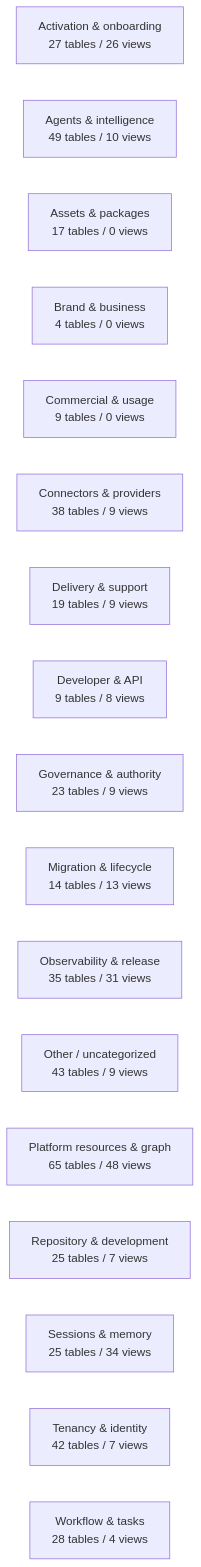
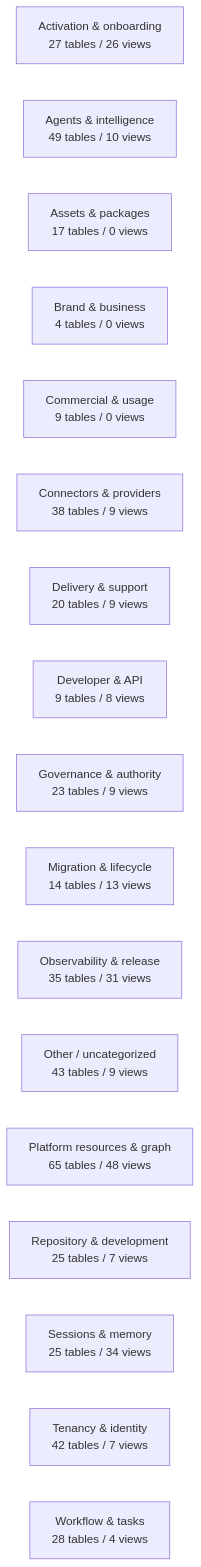
One commit to mad4bdigital-ai/multi-business-multi-role-growth-intelligence-os changed the diagram in docs/work-maps/data-model-domain-map.md. Above: the diagram before and after it, drawn with Mermaid. The commit also changed other lines of this file and 4 other files, not shown here.

````diff
--- a/docs/work-maps/data-model-domain-map.md
+++ b/docs/work-maps/data-model-domain-map.md
@@ -9,20 +9,20 @@
 ```mermaid
 flowchart LR
   n_Activation___onboarding["Activation & onboarding<br/>27 tables / 26 views"]
   n_Agents___intelligence["Agents & intelligence<br/>49 tables / 10 views"]
   n_Assets___packages["Assets & packages<br/>17 tables / 0 views"]
   n_Brand___business["Brand & business<br/>4 tables / 0 views"]
   n_Commercial___usage["Commercial & usage<br/>9 tables / 0 views"]
   n_Connectors___providers["Connectors & providers<br/>38 tables / 9 views"]
-  n_Delivery___support["Delivery & support<br/>19 tables / 9 views"]
+  n_Delivery___support["Delivery & support<br/>20 tables / 9 views"]
   n_Developer___API["Developer & API<br/>9 tables / 8 views"]
   n_Governance___authority["Governance & authority<br/>23 tables / 9 views"]
   n_Migration___lifecycle["Migration & lifecycle<br/>14 tables / 13 views"]
   n_Observability___release["Observability & release<br/>35 tables / 31 views"]
   n_Other___uncategorized["Other / uncategorized<br/>43 tables / 9 views"]
   n_Platform_resources___graph["Platform resources & graph<br/>65 tables / 48 views"]
   n_Repository___development["Repository & development<br/>25 tables / 7 views"]
   n_Sessions___memory["Sessions & memory<br/>25 tables / 34 views"]
   n_Tenancy___identity["Tenancy & identity<br/>42 tables / 7 views"]
   n_Workflow___tasks["Workflow & tasks<br/>28 tables / 4 views"]
 ```
````
